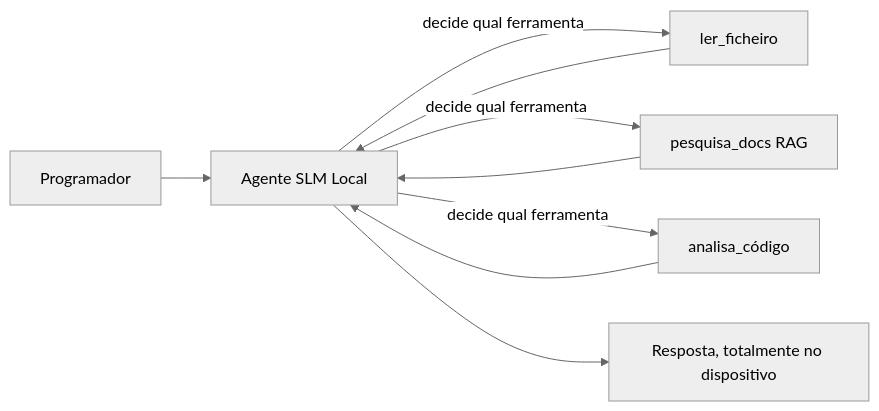
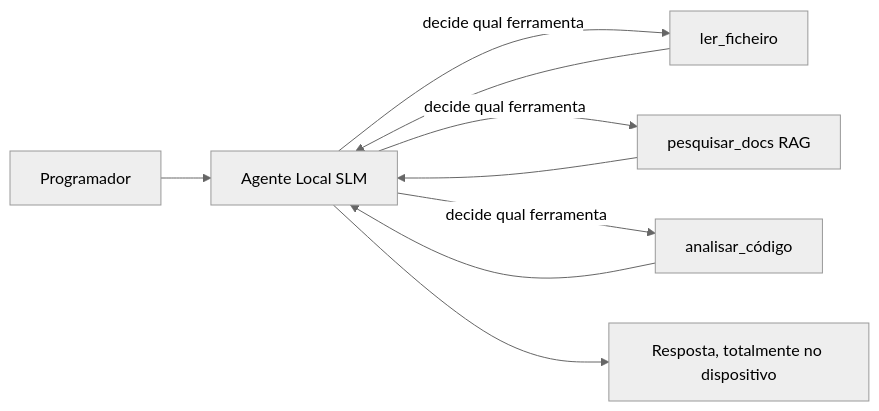
The first of 4 diagrams in translations/pt-PT/17-creating-local-ai-agents/README.md (microsoft/ai-agents-for-beginners), drawn with Mermaid (neutral theme) before and after one commit. The commit also changed other lines of this file and 46 other files, not shown here.

````diff
--- a/translations/pt-PT/17-creating-local-ai-agents/README.md
+++ b/translations/pt-PT/17-creating-local-ai-agents/README.md
@@ -66,11 +66,11 @@
 ```mermaid
 flowchart LR
-    U[Programador] --> A[Agente SLM Local]
+    U[Programador] --> A[Agente Local SLM]
     A -->|decide qual ferramenta| T1[ler_ficheiro]
-    A -->|decide qual ferramenta| T2[pesquisa_docs RAG]
-    A -->|decide qual ferramenta| T3[analisa_código]
+    A -->|decide qual ferramenta| T2[pesquisar_docs RAG]
+    A -->|decide qual ferramenta| T3[analisar_código]
     T1 --> A
     T2 --> A
     T3 --> A
     A --> R[Resposta, totalmente no dispositivo]
 ```
````
